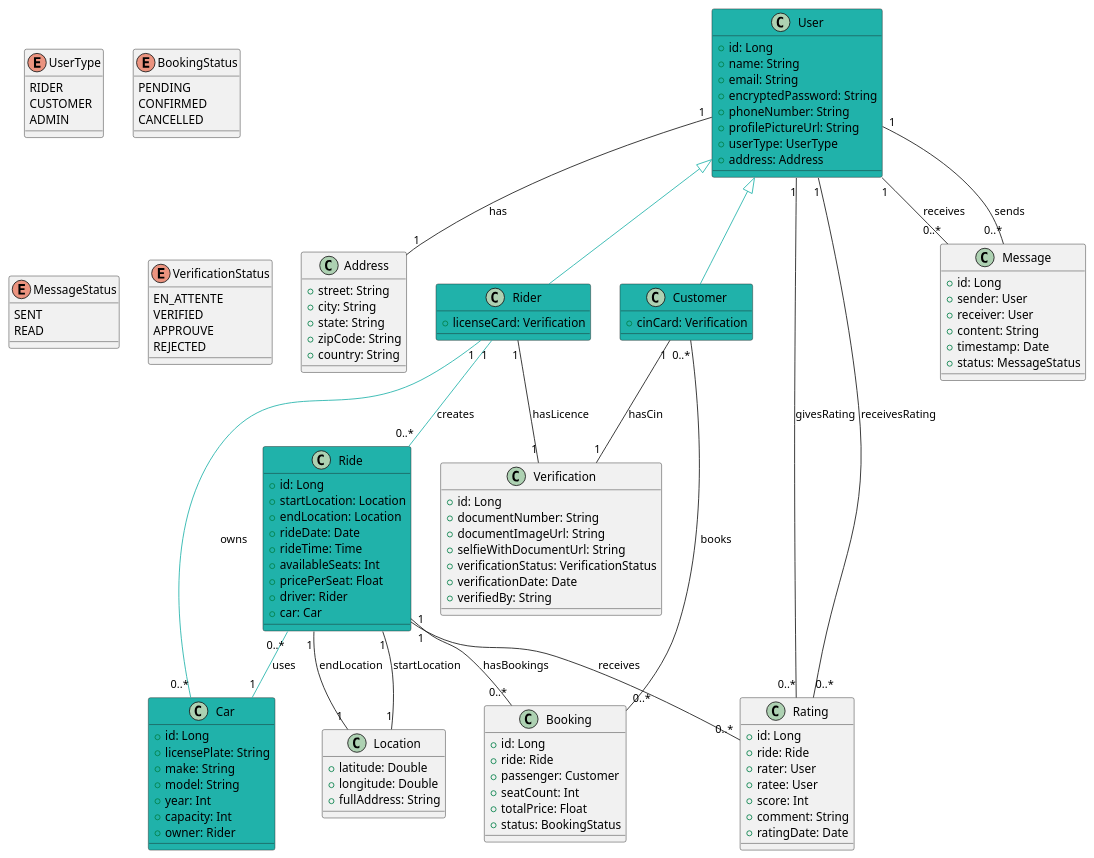
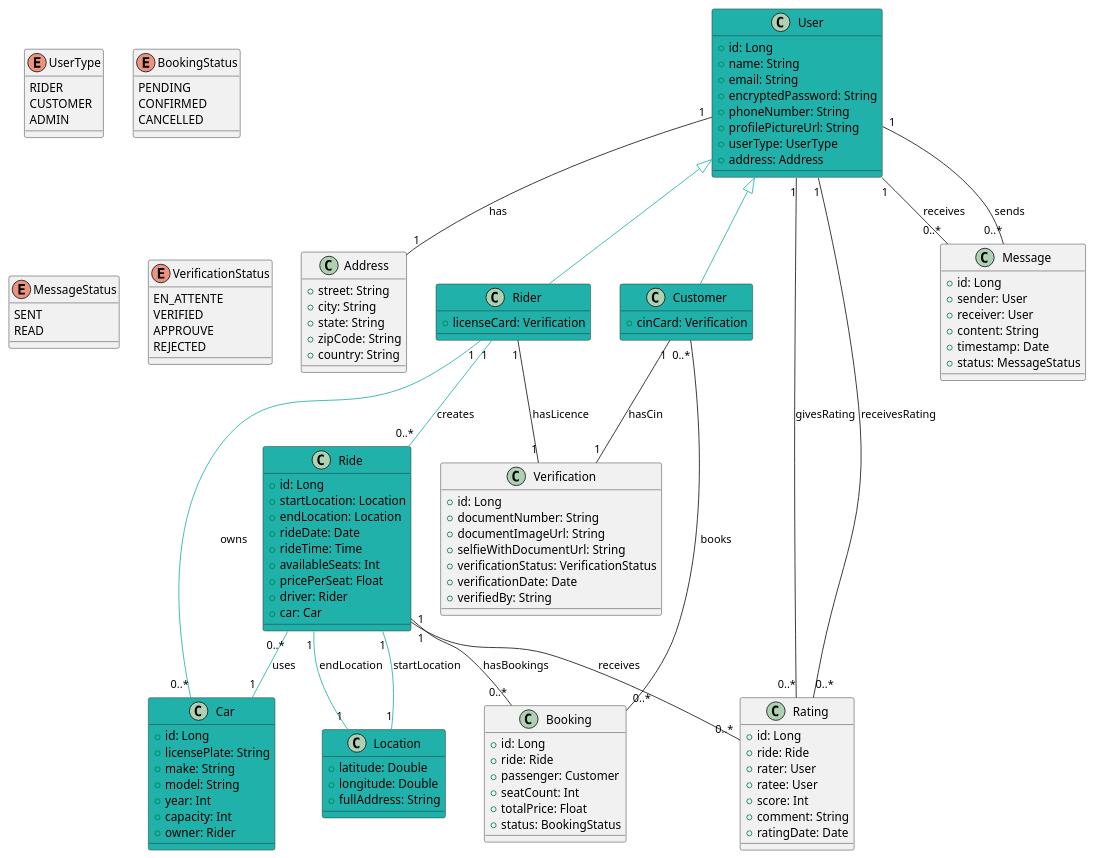
One commit to Mk-1000/my-ride-api changed the diagram in MyRide.plantuml. Above: the diagram before and after it, drawn with PlantUML.

Commit message:
update class diagram

```diff
--- a/MyRide.plantuml
+++ b/MyRide.plantuml
@@ -1,143 +1,143 @@
 @startuml
 class User #LightSeaGreen {
   +id: Long
   +name: String
   +email: String
   +encryptedPassword: String
   +phoneNumber: String
   +profilePictureUrl: String
   +userType: UserType
   +address: Address
 }
 
 class Address {
   +street: String
   +city: String
   +state: String
   +zipCode: String
   +country: String
 }
 
-class Location {
+class Location #LightSeaGreen {
   +latitude: Double
   +longitude: Double
   +fullAddress: String
 }
 
 class Rider #LightSeaGreen {
   +licenseCard: Verification
 }
 
 class Verification {
   +id: Long
   +documentNumber: String
   +documentImageUrl: String
   +selfieWithDocumentUrl: String
   +verificationStatus: VerificationStatus
   +verificationDate: Date
   +verifiedBy: String
 }
 
 class Customer #LightSeaGreen{
     +cinCard: Verification
 }
 
 class Car #LightSeaGreen{
   +id: Long
   +licensePlate: String
   +make: String
   +model: String
   +year: Int
   +capacity: Int
   +owner: Rider
 }
 
 class Ride #LightSeaGreen {
   +id: Long
   +startLocation: Location
   +endLocation: Location
   +rideDate: Date
   +rideTime: Time
   +availableSeats: Int
   +pricePerSeat: Float
   +driver: Rider
   +car: Car
 }
 
 class Booking {
   +id: Long
   +ride: Ride
   +passenger: Customer
   +seatCount: Int
   +totalPrice: Float
   +status: BookingStatus
 }
 
 class Rating {
   +id: Long
   +ride: Ride
   +rater: User
   +ratee: User
   +score: Int
   +comment: String
   +ratingDate: Date
 }
 
 class Message {
   +id: Long
   +sender: User
   +receiver: User
   +content: String
   +timestamp: Date
   +status: MessageStatus
 }
 
 enum UserType {
   RIDER
   CUSTOMER
   ADMIN
 }
 
 enum BookingStatus {
   PENDING
   CONFIRMED
   CANCELLED
 }
 
 enum MessageStatus {
   SENT
   READ
 }
 
 ' Waiting for verification (initial state)
 ' Good detection by AI (automated status)
 ' Final approval by support team
 ' Rejected by support team or failed AI verification
 
 enum VerificationStatus {
   EN_ATTENTE
   VERIFIED
   APPROUVE
   REJECTED
 }
 
 ' Relationships
 Customer "1" -- "1" Verification: hasCin
 Rider "1" -- "1" Verification: hasLicence
 User "1" -- "1" Address: has
 
 User <|-- Rider #LightSeaGreen
 User <|-- Customer #LightSeaGreen
 Rider "1" -- "0..*" Car #LightSeaGreen : owns
 Rider "1" -- "0..*" Ride #LightSeaGreen : creates 
 Ride "0..*" -- "1" Car #LightSeaGreen : uses
 Ride "1" -- "0..*" Booking: hasBookings
 Customer "0..*" -- "0..*" Booking: books
 Ride "1" -- "0..*" Rating: receives
 User "1" -- "0..*" Rating: givesRating
 User "1" -- "0..*" Rating: receivesRating
 User "1" -- "0..*" Message: sends
 User "1" -- "0..*" Message: receives
-Ride "1" -- "1" Location: startLocation
-Ride "1" -- "1" Location: endLocation
+Ride "1" -- "1" Location #LightSeaGreen : startLocation
+Ride "1" -- "1" Location #LightSeaGreen : endLocation
 @enduml
```
